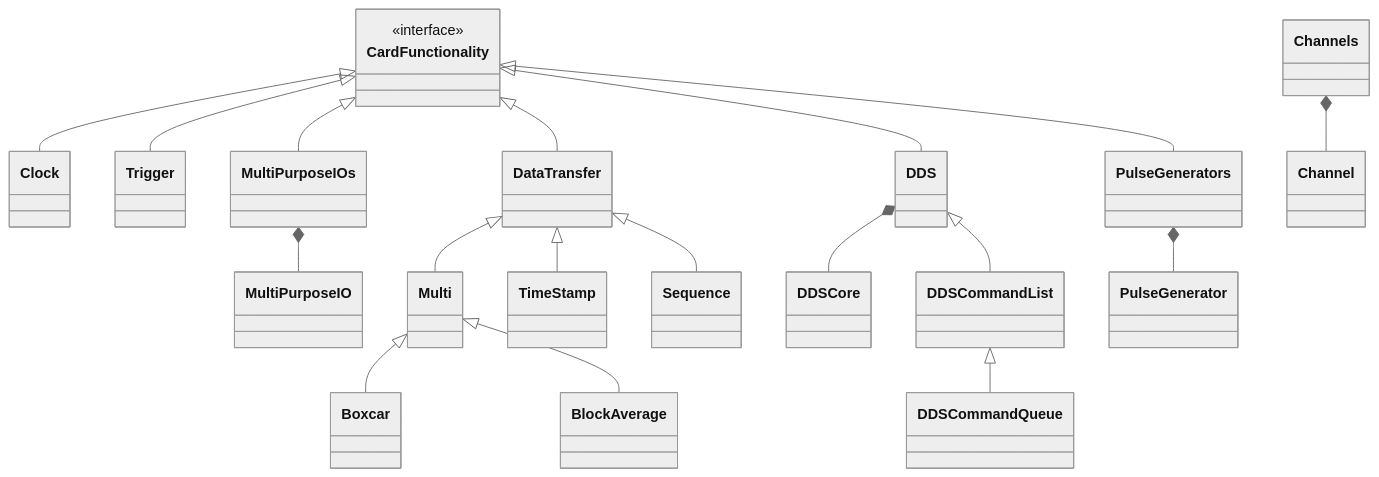
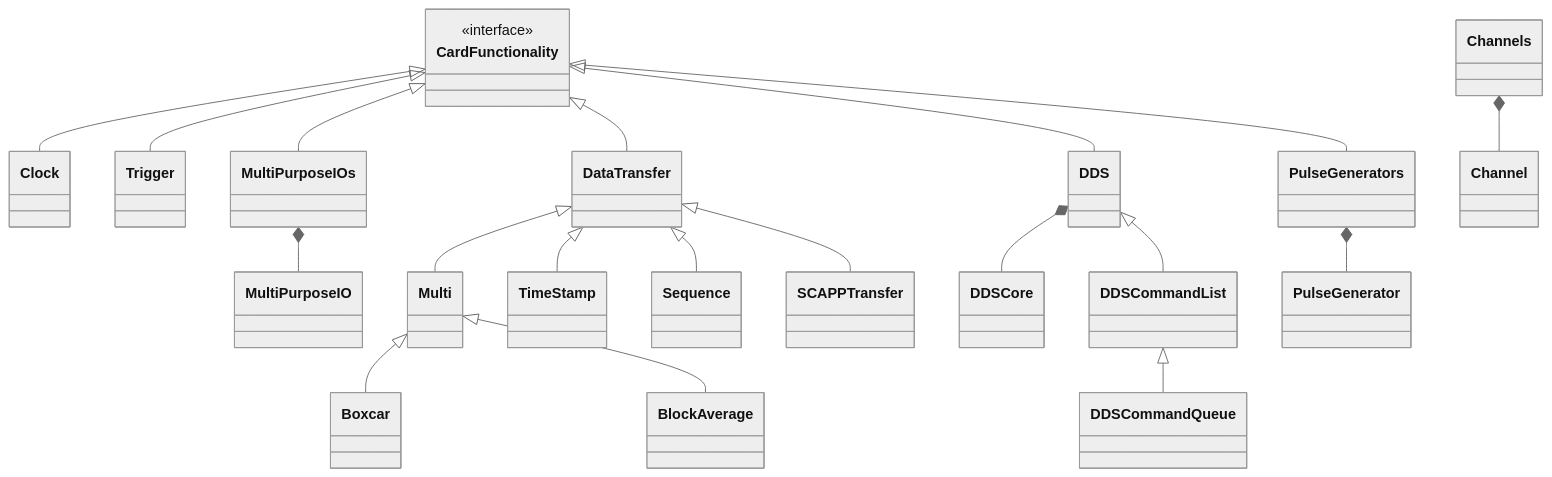
Before and after one commit to SpectrumInstrumentation/spcm: the second of 4 diagrams in src/spcm/README.md, drawn with Mermaid (neutral theme). The commit also changed other lines of this file and 2 other files, not shown here.

Commit message:
Added SCAPP documentation

````diff
--- a/src/spcm/README.md
+++ b/src/spcm/README.md
@@ -66,38 +67,40 @@
 ```mermaid
 
 classDiagram
   class CardFunctionality
   <<interface>> CardFunctionality
   class Channels
   class Clock
   class Trigger
   class MultiPurposeIOs
   class DataTransfer
   class DDS
   class DDSCore
   class DDSCommandList
   class DDSCommandQueue
   class PulseGenerators
   class Multi
   class TimeStamp
   class Sequence
+  class SCAPPTransfer
   class Boxcar
   class BlockAverage
   CardFunctionality <|-- Clock
   CardFunctionality <|-- Trigger
   CardFunctionality <|-- MultiPurposeIOs
   CardFunctionality <|-- DataTransfer
   CardFunctionality <|-- DDS
   CardFunctionality <|-- PulseGenerators
   DataTransfer <|-- Multi
   DataTransfer <|-- TimeStamp
   DataTransfer <|-- Sequence
+  DataTransfer <|-- SCAPPTransfer
   Multi <|-- Boxcar
   Multi <|-- BlockAverage
   Channels *-- Channel
   MultiPurposeIOs *-- MultiPurposeIO
   PulseGenerators *-- PulseGenerator
   DDS *-- DDSCore
   DDS <|-- DDSCommandList
   DDSCommandList <|-- DDSCommandQueue
 ```
````
